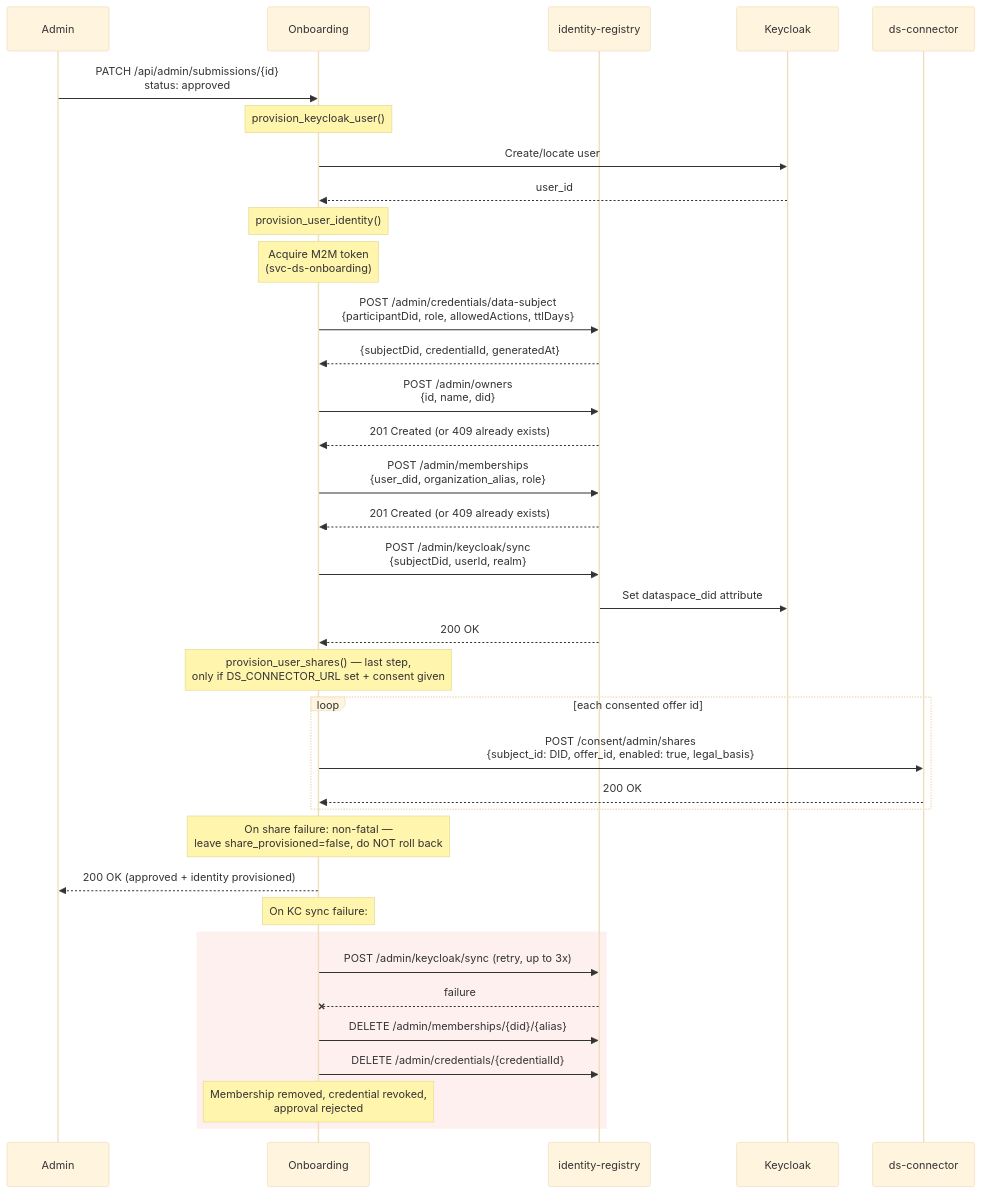
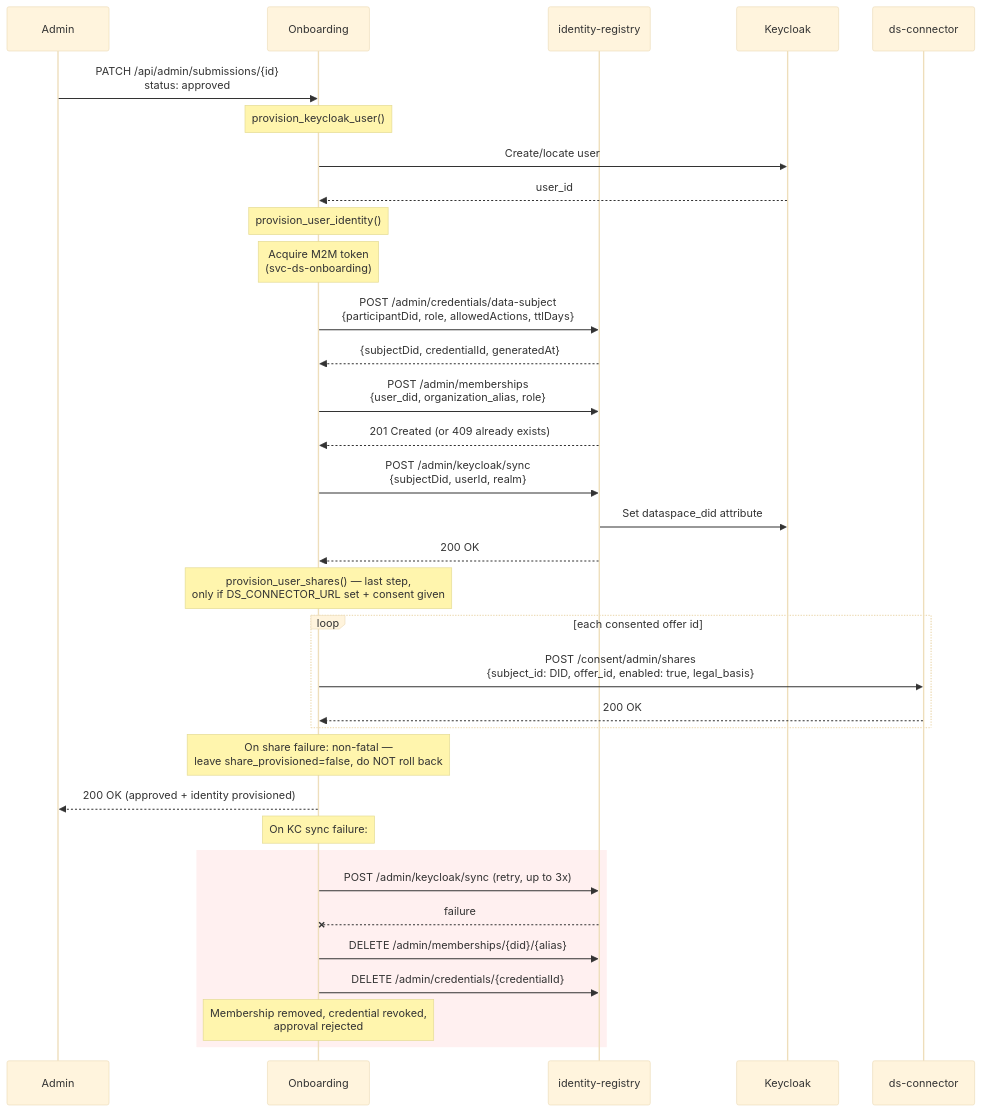
One commit to celine-eu/onboarding changed the diagram in docs/dataspace-integration.md. Above: the diagram before and after it, drawn with Mermaid (base theme). The commit also changed other lines of this file and 25 other files, not shown here.

````diff
--- a/docs/dataspace-integration.md
+++ b/docs/dataspace-integration.md
@@ -26,48 +26,45 @@
 ```mermaid
 sequenceDiagram
     participant Admin
     participant Onboarding
     participant IdRegistry as identity-registry
     participant KC as Keycloak
     participant Connector as ds-connector
 
     Admin->>Onboarding: PATCH /api/admin/submissions/{id}<br/>status: approved
 
     Note over Onboarding: provision_keycloak_user()
     Onboarding->>KC: Create/locate user
     KC-->>Onboarding: user_id
 
     Note over Onboarding: provision_user_identity()
 
     Note over Onboarding: Acquire M2M token<br/>(svc-ds-onboarding)
     Onboarding->>IdRegistry: POST /admin/credentials/data-subject<br/>{participantDid, role, allowedActions, ttlDays}
     IdRegistry-->>Onboarding: {subjectDid, credentialId, generatedAt}
-
-    Onboarding->>IdRegistry: POST /admin/owners<br/>{id, name, did}
-    IdRegistry-->>Onboarding: 201 Created (or 409 already exists)
 
     Onboarding->>IdRegistry: POST /admin/memberships<br/>{user_did, organization_alias, role}
     IdRegistry-->>Onboarding: 201 Created (or 409 already exists)
 
     Onboarding->>IdRegistry: POST /admin/keycloak/sync<br/>{subjectDid, userId, realm}
     IdRegistry->>KC: Set dataspace_did attribute
     IdRegistry-->>Onboarding: 200 OK
 
     Note over Onboarding: provision_user_shares() — last step,<br/>only if DS_CONNECTOR_URL set + consent given
     loop each consented offer id
         Onboarding->>Connector: POST /consent/admin/shares<br/>{subject_id: DID, offer_id, enabled: true, legal_basis}
         Connector-->>Onboarding: 200 OK
     end
     Note over Onboarding: On share failure: non-fatal —<br/>leave share_provisioned=false, do NOT roll back
 
     Onboarding-->>Admin: 200 OK (approved + identity provisioned)
 
     Note over Onboarding: On KC sync failure:
     rect rgb(255, 240, 240)
         Onboarding->>IdRegistry: POST /admin/keycloak/sync (retry, up to 3x)
         IdRegistry--xOnboarding: failure
         Onboarding->>IdRegistry: DELETE /admin/memberships/{did}/{alias}
         Onboarding->>IdRegistry: DELETE /admin/credentials/{credentialId}
         Note over Onboarding: Membership removed, credential revoked,<br/>approval rejected
     end
 ```
````
